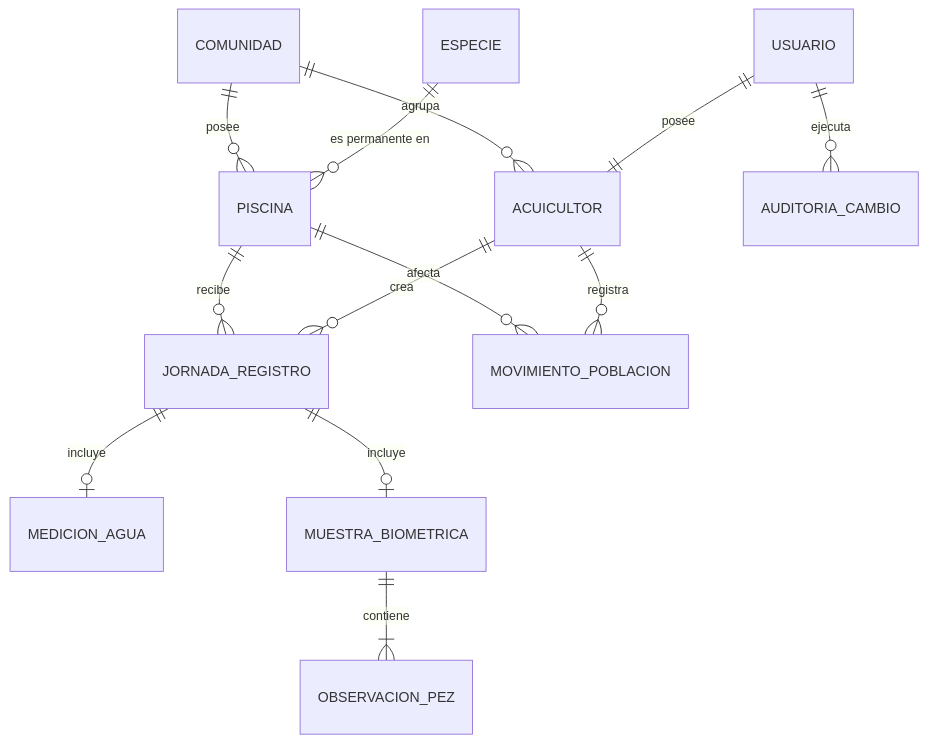
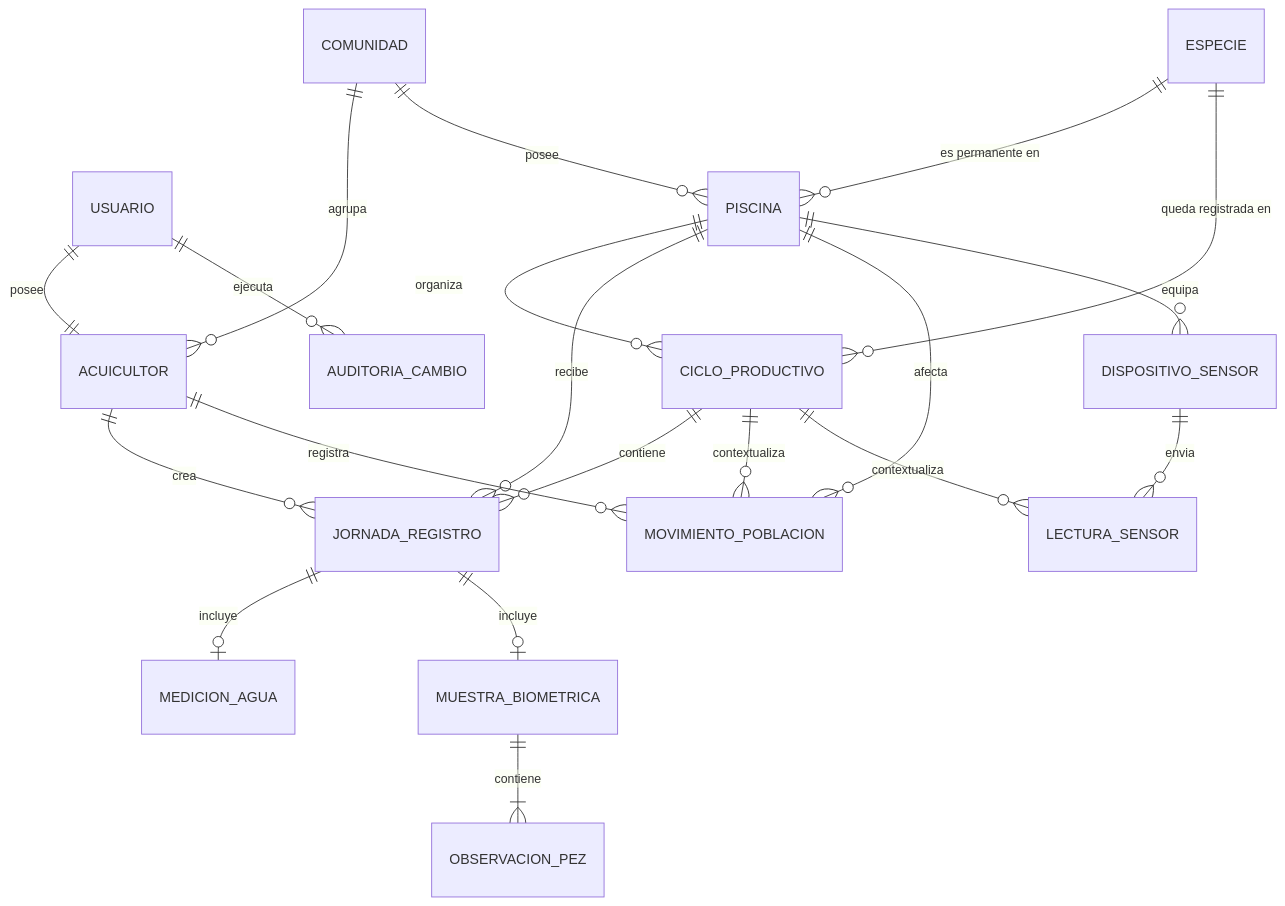
One commit to S1rGreeN/paitech changed the second of 2 diagrams in ARQUITECTURA.md. Above: the diagram before and after it, drawn with Mermaid. The commit also changed other lines of this file and 25 other files, not shown here.

````diff
--- a/ARQUITECTURA.md
+++ b/ARQUITECTURA.md
@@ -12,15 +12,22 @@
 ```mermaid
 erDiagram
     COMUNIDAD ||--o{ ACUICULTOR : agrupa
     USUARIO ||--|| ACUICULTOR : posee
     COMUNIDAD ||--o{ PISCINA : posee
     ESPECIE ||--o{ PISCINA : "es permanente en"
+    PISCINA ||--o{ CICLO_PRODUCTIVO : organiza
+    ESPECIE ||--o{ CICLO_PRODUCTIVO : "queda registrada en"
+    CICLO_PRODUCTIVO ||--o{ JORNADA_REGISTRO : contiene
     PISCINA ||--o{ JORNADA_REGISTRO : recibe
     ACUICULTOR ||--o{ JORNADA_REGISTRO : crea
     JORNADA_REGISTRO ||--o| MEDICION_AGUA : incluye
     JORNADA_REGISTRO ||--o| MUESTRA_BIOMETRICA : incluye
     MUESTRA_BIOMETRICA ||--|{ OBSERVACION_PEZ : contiene
     PISCINA ||--o{ MOVIMIENTO_POBLACION : afecta
+    CICLO_PRODUCTIVO ||--o{ MOVIMIENTO_POBLACION : contextualiza
     ACUICULTOR ||--o{ MOVIMIENTO_POBLACION : registra
+    PISCINA ||--o{ DISPOSITIVO_SENSOR : equipa
+    DISPOSITIVO_SENSOR ||--o{ LECTURA_SENSOR : envia
+    CICLO_PRODUCTIVO ||--o{ LECTURA_SENSOR : contextualiza
     USUARIO ||--o{ AUDITORIA_CAMBIO : ejecuta
 ```
````
